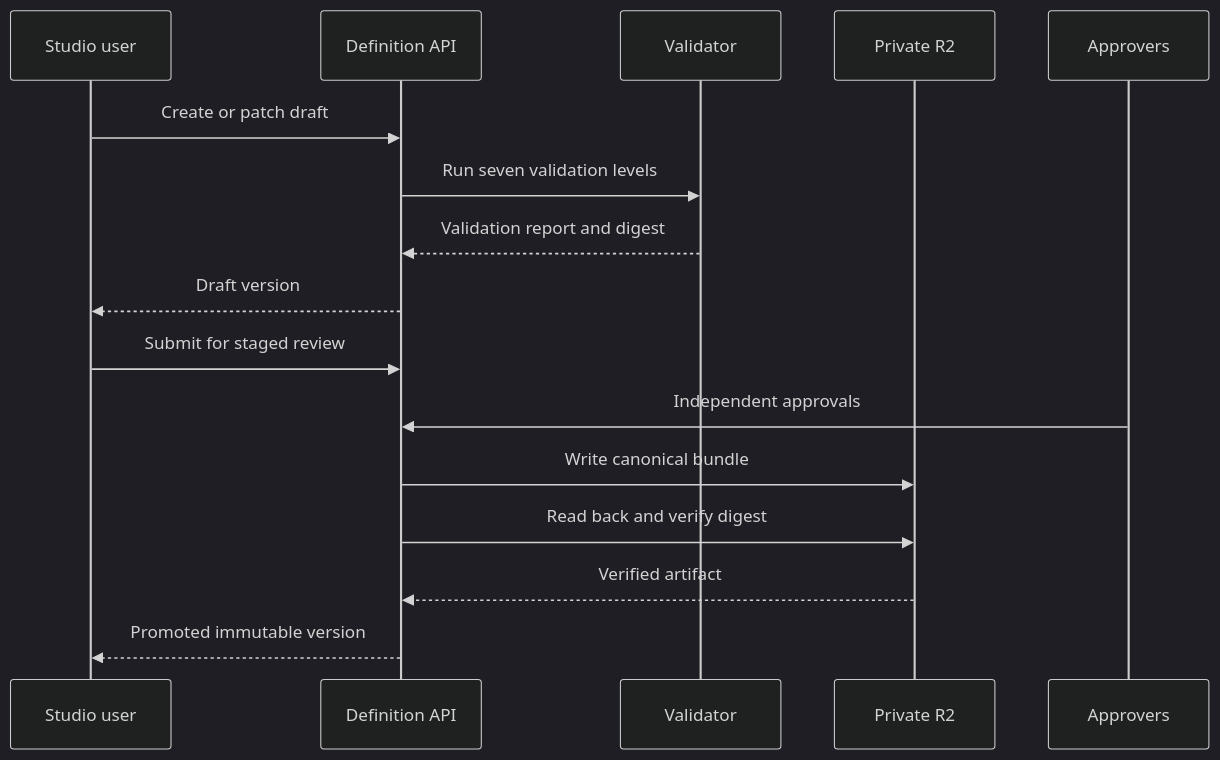
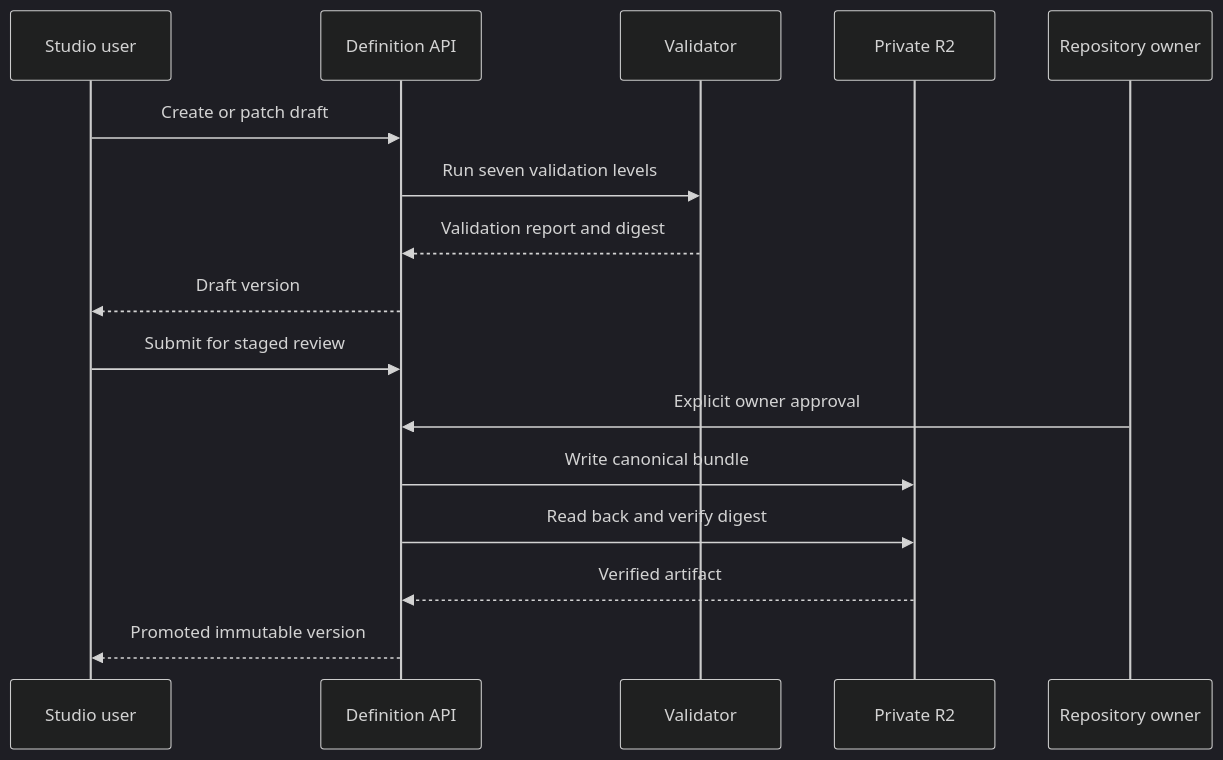
Before and after one commit to Lengrowth/LenGeas: the diagram in docs/architecture/diagrams/sequence-publish.mmd, drawn with Mermaid (dark theme). The commit also changed 37 other files, not shown here.

First line of the commit message:
P01-T08: align sole-owner approval documentation

```diff
--- a/docs/architecture/diagrams/sequence-publish.mmd
+++ b/docs/architecture/diagrams/sequence-publish.mmd
@@ -1,16 +1,16 @@
 sequenceDiagram
   participant U as Studio user
   participant API as Definition API
   participant V as Validator
   participant R2 as Private R2
-  participant A as Approvers
+  participant A as Repository owner
   U->>API: Create or patch draft
   API->>V: Run seven validation levels
   V-->>API: Validation report and digest
   API-->>U: Draft version
   U->>API: Submit for staged review
-  A->>API: Independent approvals
+  A->>API: Explicit owner approval
   API->>R2: Write canonical bundle
   API->>R2: Read back and verify digest
   R2-->>API: Verified artifact
   API-->>U: Promoted immutable version
```
